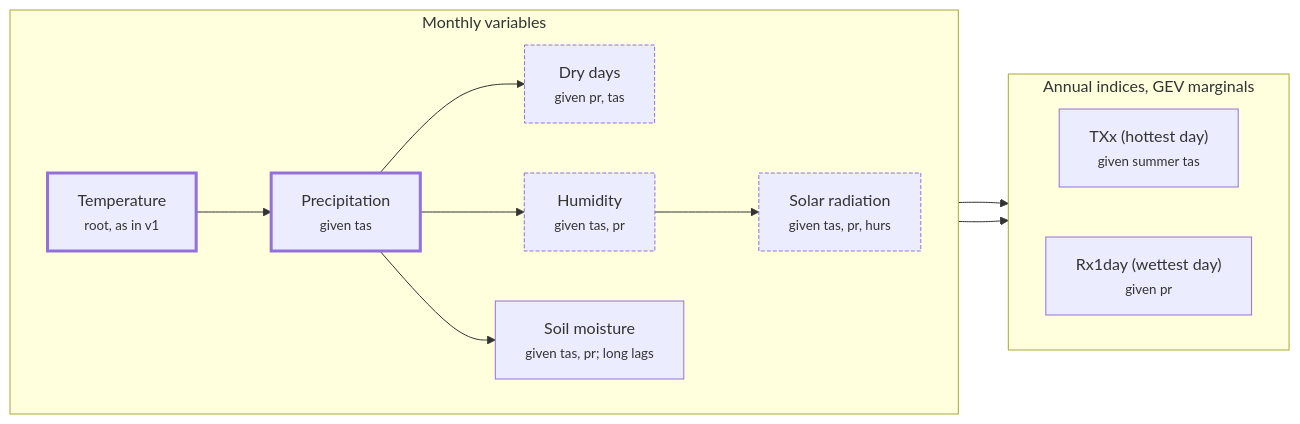
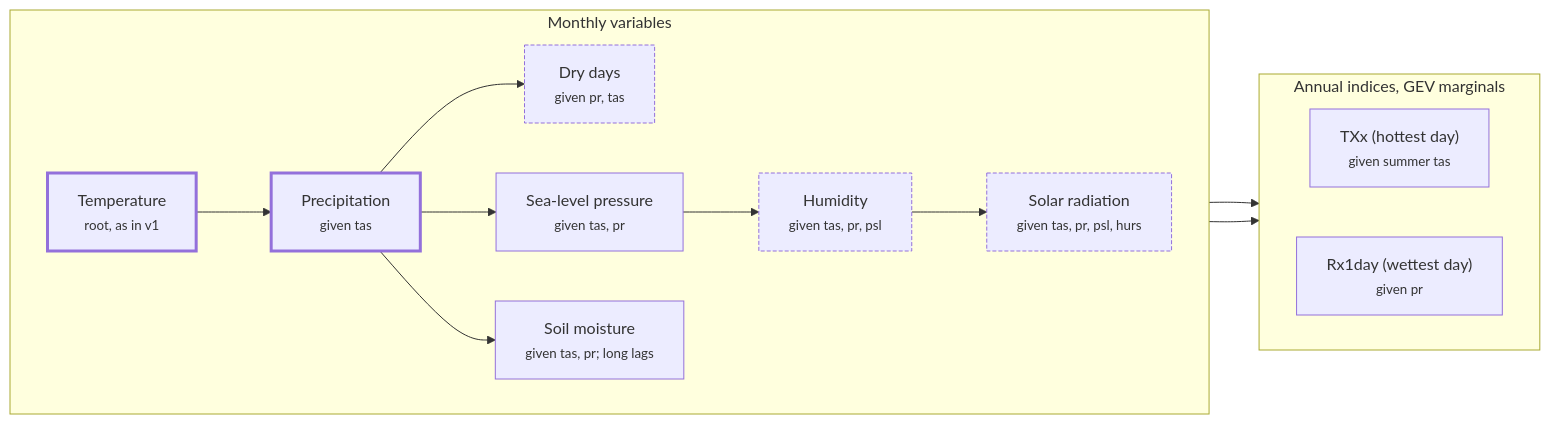
Before and after one commit to benmsanderson/METEOR: the diagram in docs/multivariate_noise_scoping.md, drawn with Mermaid. The commit also changed other lines of this file, not shown here.

````diff
--- a/docs/multivariate_noise_scoping.md
+++ b/docs/multivariate_noise_scoping.md
@@ -254,26 +274,27 @@
 ```mermaid
 flowchart LR
   subgraph monthly [Monthly variables]
     direction LR
     tas["Temperature<br/><small>root, as in v1</small>"]
     pr["Precipitation<br/><small>given tas</small>"]
+    psl["Sea-level pressure<br/><small>given tas, pr</small>"]
     ndd["Dry days<br/><small>given pr, tas</small>"]
-    hurs["Humidity<br/><small>given tas, pr</small>"]
-    rsds["Solar radiation<br/><small>given tas, pr, hurs</small>"]
+    hurs["Humidity<br/><small>given tas, pr, psl</small>"]
+    rsds["Solar radiation<br/><small>given tas, pr, psl, hurs</small>"]
     mrso["Soil moisture<br/><small>given tas, pr; long lags</small>"]
     tas --> pr --> ndd
-    pr --> hurs --> rsds
+    pr --> psl --> hurs --> rsds
     pr --> mrso
   end
   subgraph annual [Annual indices, GEV marginals]
     direction LR
     txx["TXx (hottest day)<br/><small>given summer tas</small>"]
     rx1["Rx1day (wettest day)<br/><small>given pr</small>"]
   end
   tas --> txx
   pr --> rx1
   classDef stage1 stroke-width:3px
   class tas,pr stage1
   classDef fire stroke-dasharray:4 2
   class ndd,hurs,rsds fire
 ```
````
